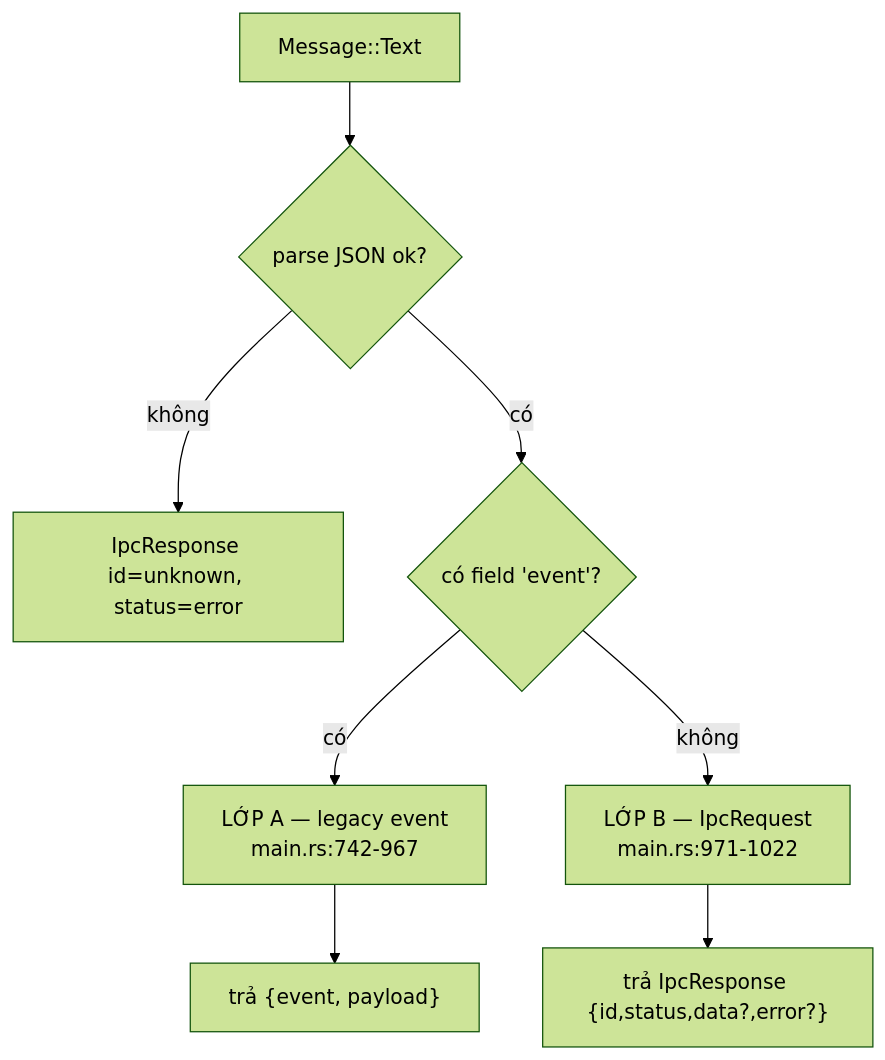
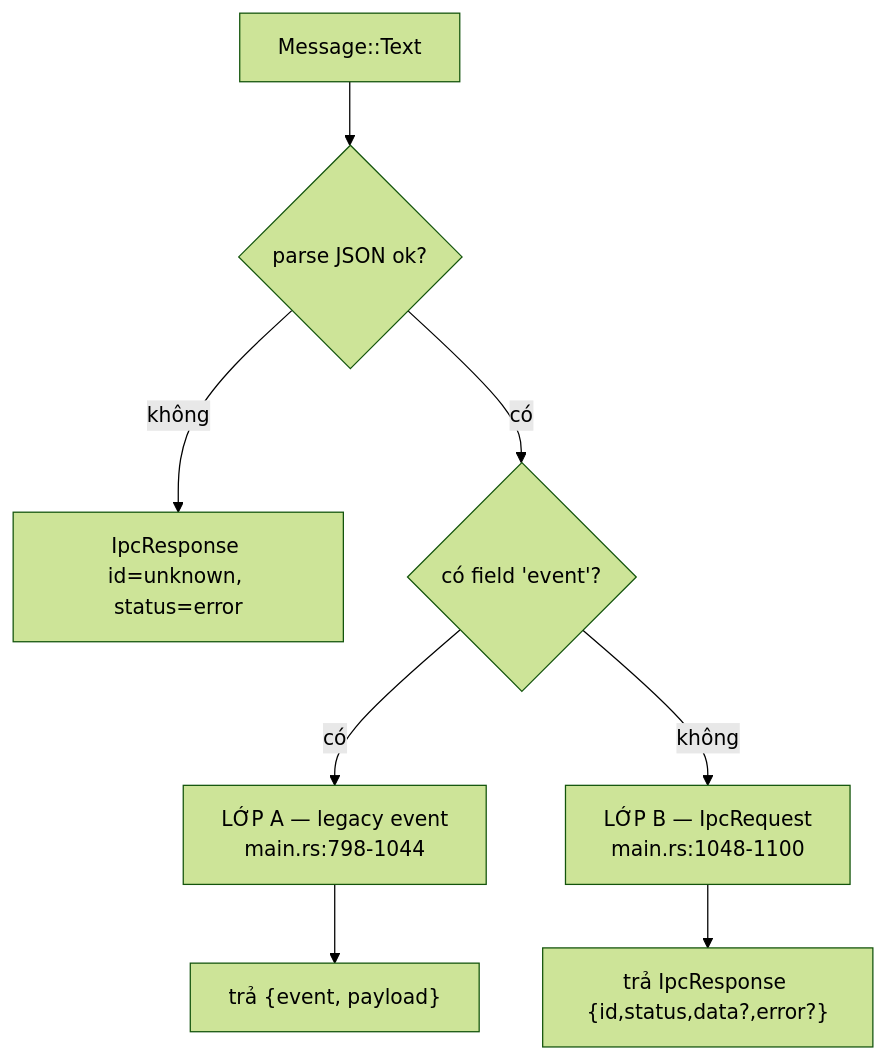
The fourth of 5 diagrams in docs/01-ban-ve/02-giao-thuc-ipc-va-websocket.md (DuongNAD/LIVA), drawn with Mermaid (forest theme) before and after one commit. The commit also changed other lines of this file and 11 other files, not shown here.

````diff
--- a/docs/01-ban-ve/02-giao-thuc-ipc-va-websocket.md
+++ b/docs/01-ban-ve/02-giao-thuc-ipc-va-websocket.md
@@ -471,10 +487,10 @@
 ```mermaid
 flowchart TD
     T["Message::Text"] --> J{"parse JSON ok?"}
     J -->|không| E1["IpcResponse id=unknown, status=error"]
     J -->|có| EV{"có field 'event'?"}
-    EV -->|có| A["LỚP A — legacy event<br/>main.rs:742-967"]
-    EV -->|không| B["LỚP B — IpcRequest<br/>main.rs:971-1022"]
+    EV -->|có| A["LỚP A — legacy event<br/>main.rs:798-1044"]
+    EV -->|không| B["LỚP B — IpcRequest<br/>main.rs:1048-1100"]
     A --> AR["trả {event, payload}"]
     B --> BR["trả IpcResponse {id,status,data?,error?}"]
 ```
````
